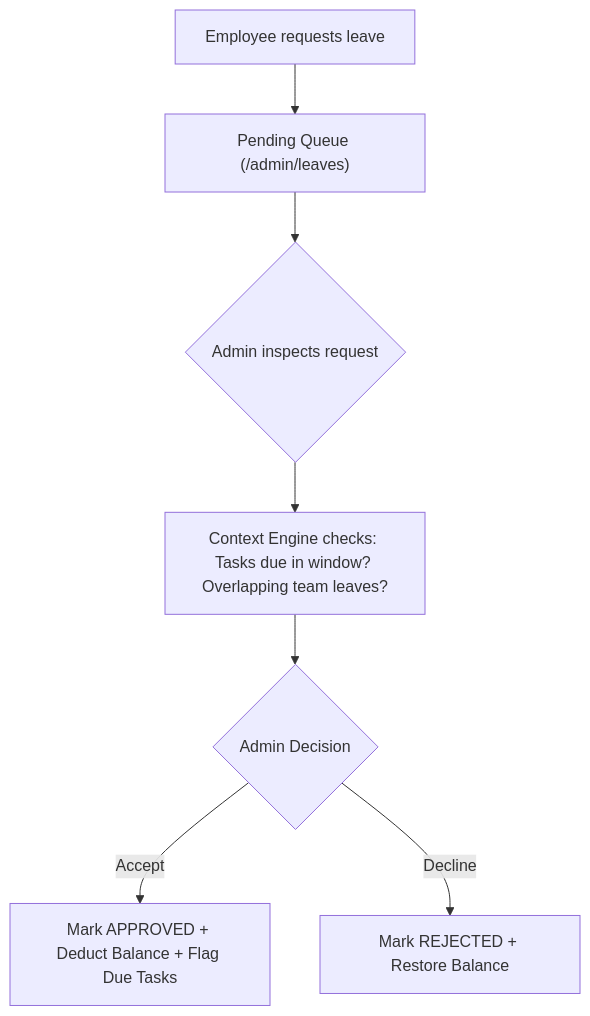
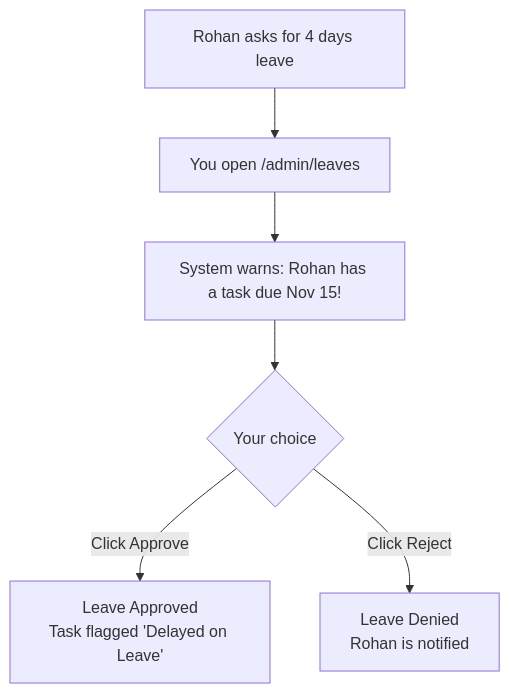
One commit to pradhan-not-found/Software-Engineering-Project changed the fourth of 7 diagrams in docs/INSTRUCTION_AND_DEMO_GUIDE.md. Above: the diagram before and after it, drawn with Mermaid. The commit also changed other lines of this file, not shown here.

````diff
--- a/docs/INSTRUCTION_AND_DEMO_GUIDE.md
+++ b/docs/INSTRUCTION_AND_DEMO_GUIDE.md
@@ -197,9 +175,8 @@
 ```mermaid
 flowchart TD
-    Req["Employee requests leave"] --> Queue["Pending Queue (/admin/leaves)"]
-    Queue --> AdminCheck{"Admin inspects request"}
-    AdminCheck --> Context["Context Engine checks: Tasks due in window? Overlapping team leaves?"]
-    Context --> Decision{"Admin Decision"}
-    Decision -- Accept --> Appr["Mark APPROVED + Deduct Balance + Flag Due Tasks"]
-    Decision -- Decline --> Rej["Mark REJECTED + Restore Balance"]
+    Req["Rohan asks for 4 days leave"] --> View["You open /admin/leaves"]
+    View --> Alert["System warns: Rohan has a task due Nov 15!"]
+    Alert --> Choice{"Your choice"}
+    Choice -- Click Approve --> Approved["Leave Approved<br>Task flagged 'Delayed on Leave'"]
+    Choice -- Click Reject --> Rejected["Leave Denied<br>Rohan is notified"]
 ```
````
